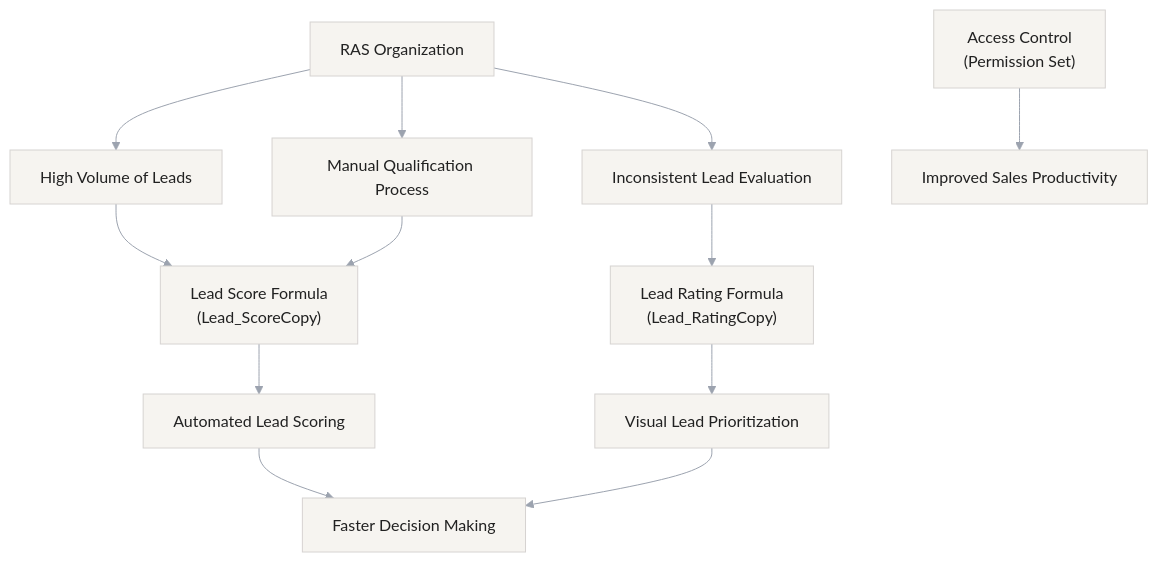
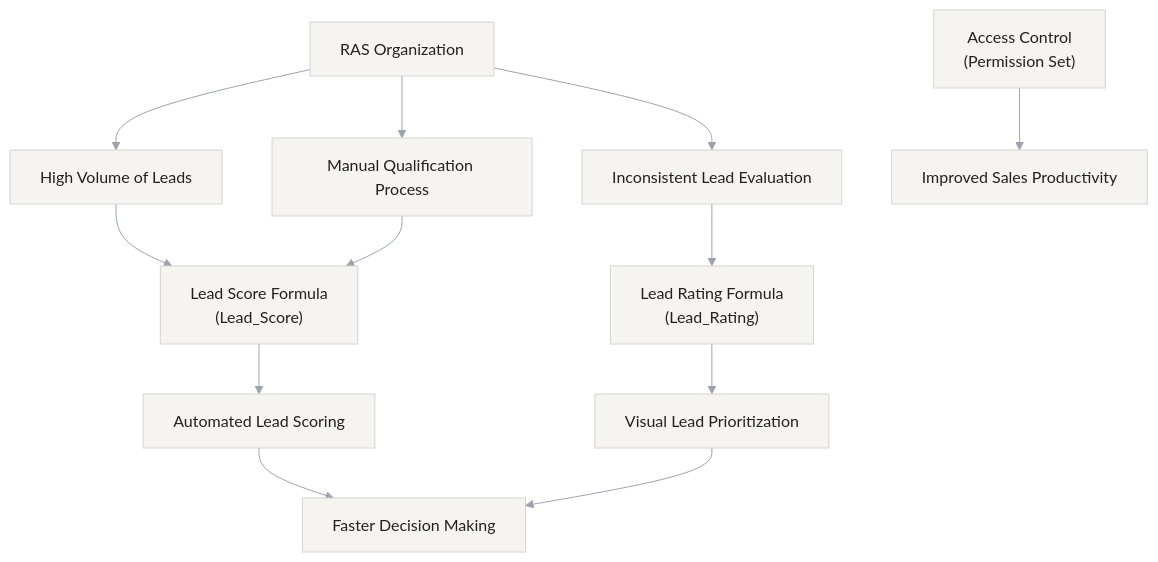
The diagram in Formula/README.md (Umar-sfdc/Salesforce-BadgeForge), drawn with Mermaid before and after one commit. The commit also changed other lines of this file and 4 other files, not shown here.

````diff
--- a/Formula/README.md
+++ b/Formula/README.md
@@ -18,62 +18,62 @@
 ```mermaid
 
 %%{init: {
   "theme": "base",
   "themeVariables": {
     "primaryColor": "#f6f4f0",
     "primaryTextColor": "#212121",
     "primaryBorderColor": "#d6d3d1",
     "lineColor": "#9ca3af",
     "secondaryColor": "#ffffff",
     "tertiaryColor": "#f9fafb"
   }
 }}%%
 
 flowchart TD
 
 %% ========================
 %% ORGANIZATION
 %% ========================
 ORG["RAS Organization"]
 
 %% ========================
 %% PROBLEMS
 %% ========================
 P1["High Volume of Leads"]
 P2["Manual Qualification Process"]
 P3["Inconsistent Lead Evaluation"]
 
 %% ========================
 %% ACTIONS
 %% ========================
-A1["Lead Score Formula<br/>(Lead_ScoreCopy)"]
-A2["Lead Rating Formula<br/>(Lead_RatingCopy)"]
+A1["Lead Score Formula<br/>(Lead_Score)"]
+A2["Lead Rating Formula<br/>(Lead_Rating)"]
 A3["Access Control<br/>(Permission Set)"]
 
 %% ========================
 %% OUTCOMES
 %% ========================
 O1["Automated Lead Scoring"]
 O2["Visual Lead Prioritization"]
 O3["Improved Sales Productivity"]
 O4["Faster Decision Making"]
 
 %% ========================
 %% FLOW
 %% ========================
 ORG --> P1
 ORG --> P2
 ORG --> P3
 
 P1 --> A1
 P2 --> A1
 P3 --> A2
 
 A1 --> O1
 A2 --> O2
 A3 --> O3
 
 O1 --> O4
 O2 --> O4
 
 ```
````
